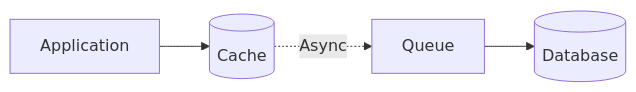
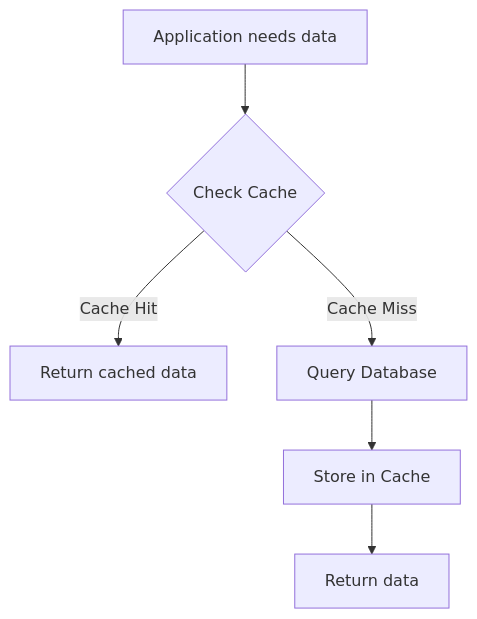
The third of 8 diagrams in basics/caching.md (spawn08/system-design-interview), drawn with Mermaid before and after one commit. The commit also changed other lines of this file and 4 other files, not shown here.

````diff
--- a/basics/caching.md
+++ b/basics/caching.md
@@ -210,6 +348,8 @@
 ```mermaid
-flowchart LR
-    App[Application] --> Cache[(Cache)]
-    Cache -.->|Async| Queue[Queue]
-    Queue --> DB[(Database)]
+flowchart TD
+    A[Application needs data] --> B{Check Cache}
+    B -->|Cache Hit| C[Return cached data]
+    B -->|Cache Miss| D[Query Database]
+    D --> E[Store in Cache]
+    E --> F[Return data]
 ```
````
